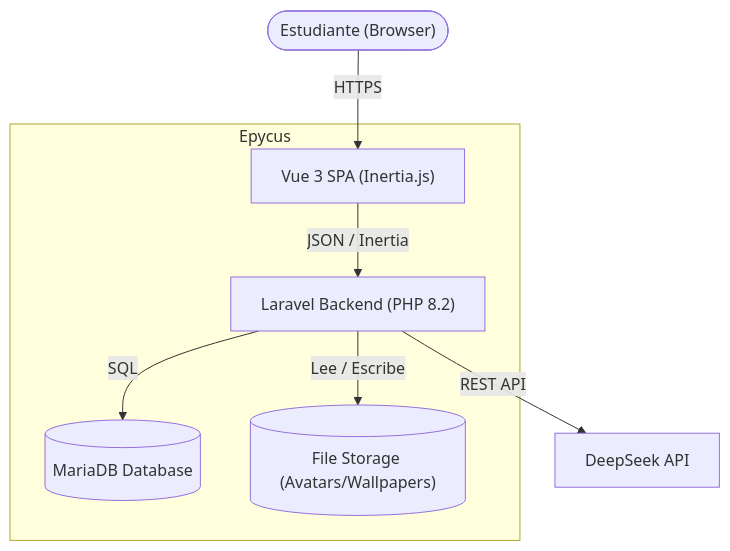
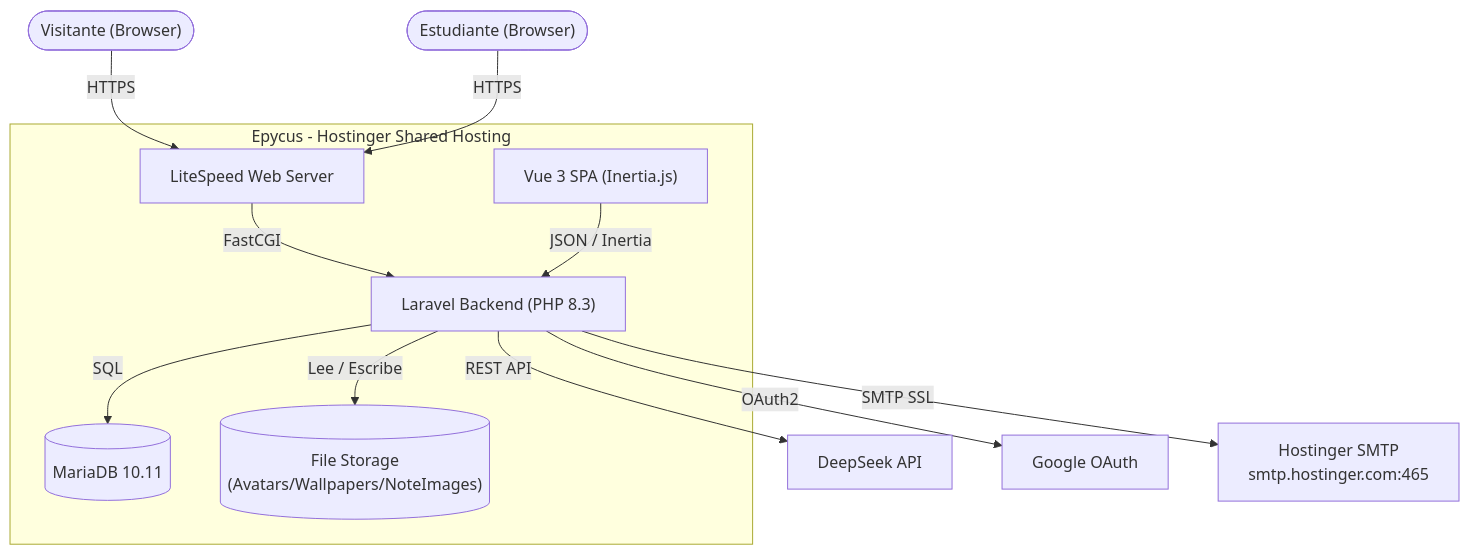
Before and after one commit to Chester0802/EpycusApp: the seventh of 11 diagrams in docs/00-ARQUITECTURA.md, drawn with Mermaid. The commit also changed other lines of this file and 101 other files, not shown here.

````diff
--- a/docs/00-ARQUITECTURA.md
+++ b/docs/00-ARQUITECTURA.md
@@ -755,19 +674,27 @@
 ```mermaid
 flowchart TD
+    Visitante(["Visitante (Browser)"])
     Estudiante(["Estudiante (Browser)"])
-    
-    subgraph Epycus ["Epycus"]
+
+    subgraph Epycus ["Epycus - Hostinger Shared Hosting"]
+        LiteSpeed["LiteSpeed Web Server"]
         SPA["Vue 3 SPA (Inertia.js)"]
-        Backend["Laravel Backend (PHP 8.2)"]
-        DB[("MariaDB Database")]
-        Storage[("File Storage (Avatars/Wallpapers)")]
+        Backend["Laravel Backend (PHP 8.3)"]
+        DB[("MariaDB 10.11")]
+        Storage[("File Storage\n(Avatars/Wallpapers/NoteImages)")]
     end
-    
+
     DeepSeek["DeepSeek API"]
+    Google["Google OAuth"]
+    HostingerSMTP["Hostinger SMTP\nsmtp.hostinger.com:465"]
 
-    Estudiante -- HTTPS --> SPA
+    Visitante -- HTTPS --> LiteSpeed
+    Estudiante -- HTTPS --> LiteSpeed
+    LiteSpeed -- FastCGI --> Backend
     SPA -- JSON / Inertia --> Backend
     Backend -- SQL --> DB
     Backend -- Lee / Escribe --> Storage
     Backend -- REST API --> DeepSeek
+    Backend -- OAuth2 --> Google
+    Backend -- SMTP SSL --> HostingerSMTP
 ```
````
